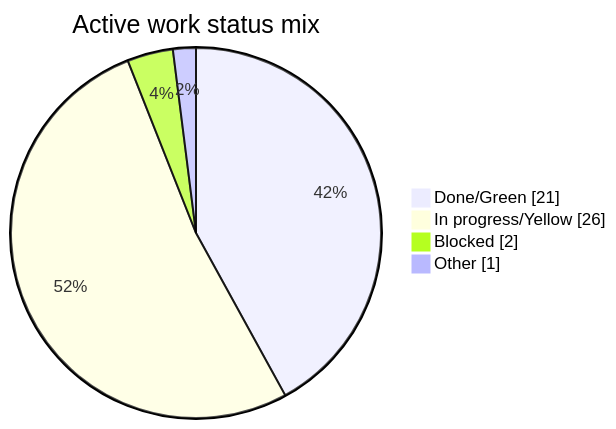
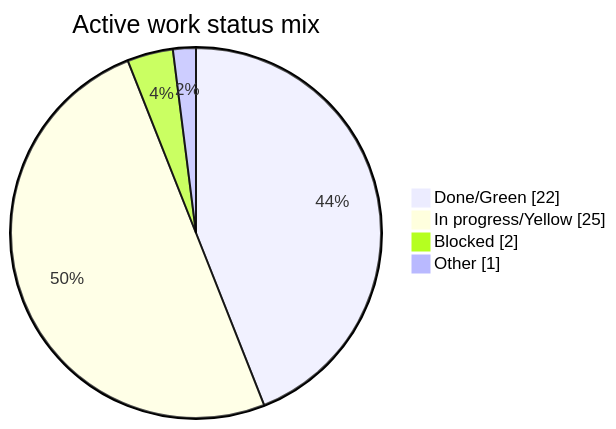
The second of 6 diagrams in docs/dashboards/progress-visualizations.generated.md (AliHamed17/vego-ai-research), drawn with Mermaid before and after one commit. The commit also changed other lines of this file and 4 other files, not shown here.

First line of the commit message:
Redesign progress-visualizations dashboard with real stacked-bar charts

````diff
--- a/docs/dashboards/progress-visualizations.generated.md
+++ b/docs/dashboards/progress-visualizations.generated.md
@@ -29,8 +29,8 @@
 ```mermaid
 pie showData
     title Active work status mix
-    "Done/Green" : 21
-    "In progress/Yellow" : 26
+    "Done/Green" : 22
+    "In progress/Yellow" : 25
     "Blocked" : 2
     "Other" : 1
 ```
````
